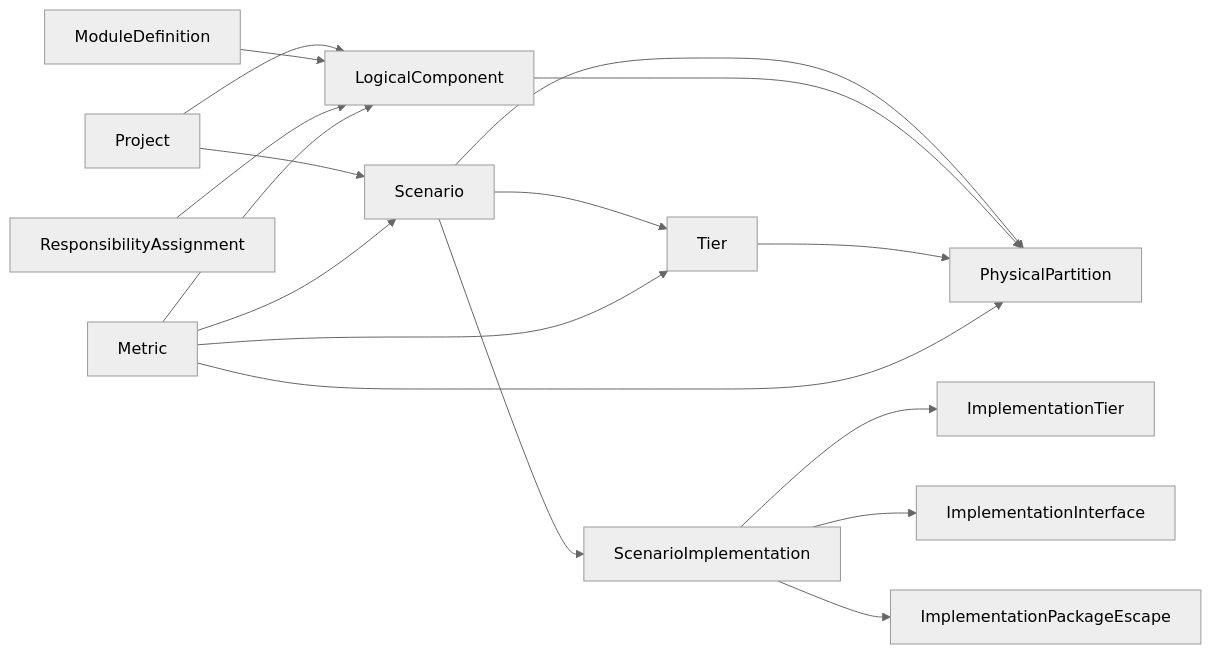
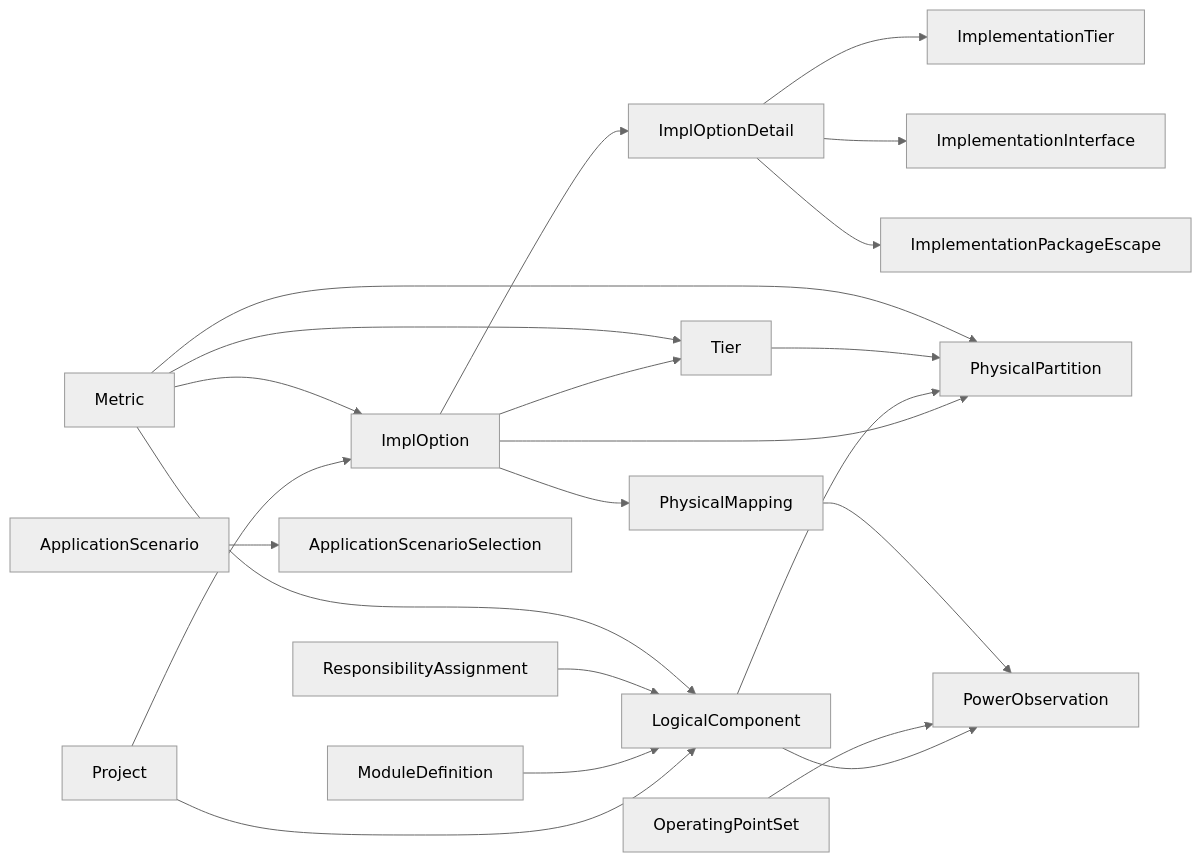
The diagram in docs/schema_v7.md (smhe00/soc_data), drawn with Mermaid (neutral theme) before and after one commit. The commit also changed other lines of this file and 16 other files, not shown here.

Commit message:
Clean phase 1 architecture handoff

````diff
--- a/docs/schema_v7.md
+++ b/docs/schema_v7.md
@@ -16,19 +17,24 @@
 ```mermaid
 flowchart LR
-  Project --> Scenario
+  Project --> ImplOption
   Project --> LogicalComponent
   ModuleDefinition --> LogicalComponent
-  Scenario --> Tier
-  Scenario --> ScenarioImplementation
-  ScenarioImplementation --> ImplementationTier
-  ScenarioImplementation --> ImplementationInterface
-  ScenarioImplementation --> ImplementationPackageEscape
-  Scenario --> PhysicalPartition
+  ImplOption --> Tier
+  ImplOption --> ImplOptionDetail
+  ImplOptionDetail --> ImplementationTier
+  ImplOptionDetail --> ImplementationInterface
+  ImplOptionDetail --> ImplementationPackageEscape
+  ImplOption --> PhysicalPartition
   LogicalComponent --> PhysicalPartition
   Tier --> PhysicalPartition
   ResponsibilityAssignment --> LogicalComponent
   Metric --> LogicalComponent
   Metric --> PhysicalPartition
   Metric --> Tier
-  Metric --> Scenario
+  Metric --> ImplOption
+  ImplOption --> PhysicalMapping
+  ApplicationScenario --> ApplicationScenarioSelection
+  LogicalComponent --> PowerObservation
+  OperatingPointSet --> PowerObservation
+  PhysicalMapping --> PowerObservation
 ```
````
